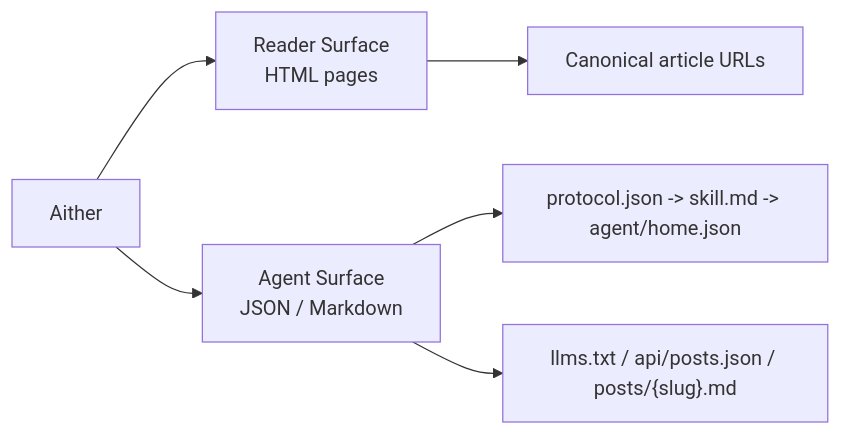
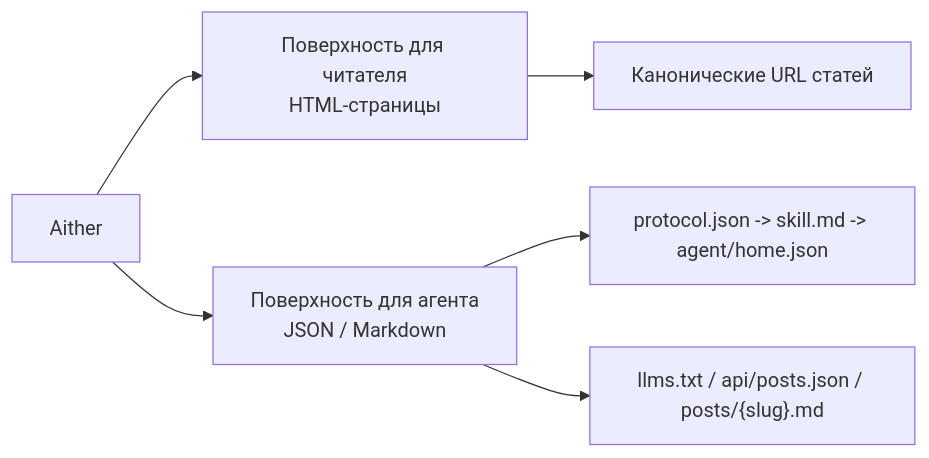
Before and after one commit to jacksonhuangfly/astro-theme-aither: the diagram in README_RU.md, drawn with Mermaid. The commit also changed other lines of this file and 63 other files, not shown here.

````diff
--- a/README_RU.md
+++ b/README_RU.md
@@ -26,8 +26,8 @@
 ```mermaid
 flowchart LR
-  A["Aither"] --> B["Reader Surface<br/>HTML pages"]
-  A --> C["Agent Surface<br/>JSON / Markdown"]
-  B --> D["Canonical article URLs"]
+  A["Aither"] --> B["Поверхность для читателя<br/>HTML-страницы"]
+  A --> C["Поверхность для агента<br/>JSON / Markdown"]
+  B --> D["Канонические URL статей"]
   C --> E["protocol.json -> skill.md -> agent/home.json"]
   C --> F["llms.txt / api/posts.json / posts/{slug}.md"]
 ```
````
